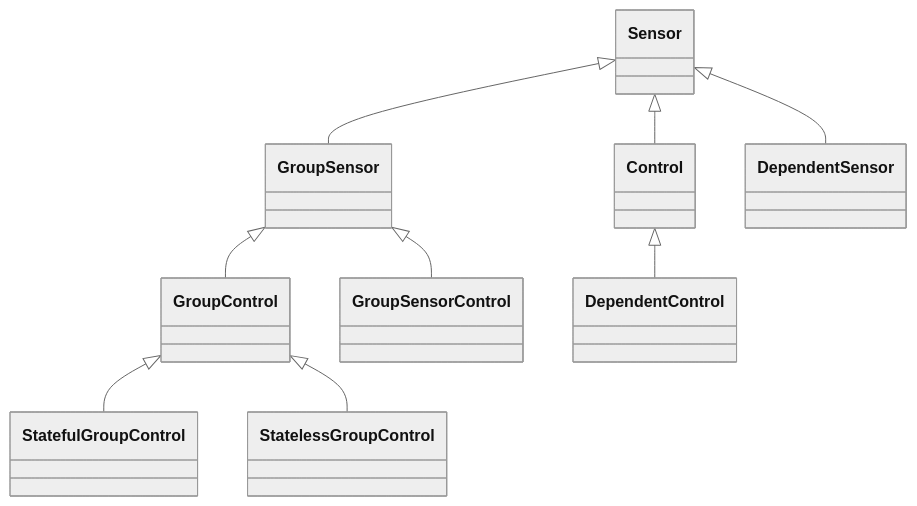
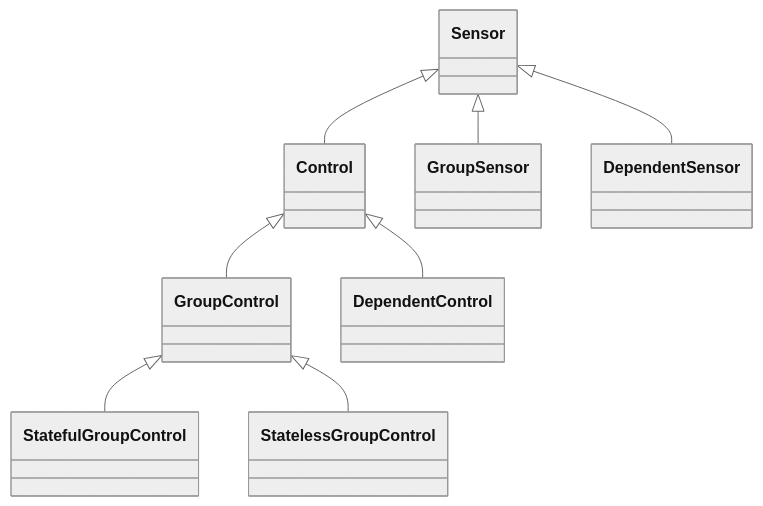
One commit to jbuehl/homealone changed the second of 7 diagrams in docs/README.resources.md. Above: the diagram before and after it, drawn with Mermaid (neutral theme). The commit also changed other lines of this file, not shown here.

Commit message:
Changes to Group resources

````diff
--- a/docs/README.resources.md
+++ b/docs/README.resources.md
@@ -54,11 +54,10 @@
 ```mermaid
 classDiagram
 	Sensor <|-- Control
     Sensor <|-- GroupSensor
-    GroupSensor <|-- GroupControl
+    Control <|-- GroupControl
     GroupControl <|-- StatefulGroupControl
     GroupControl <|-- StatelessGroupControl
-	GroupSensor <|-- GroupSensorControl
 	Sensor <|-- DependentSensor
 	Control <|-- DependentControl
 ```
````
